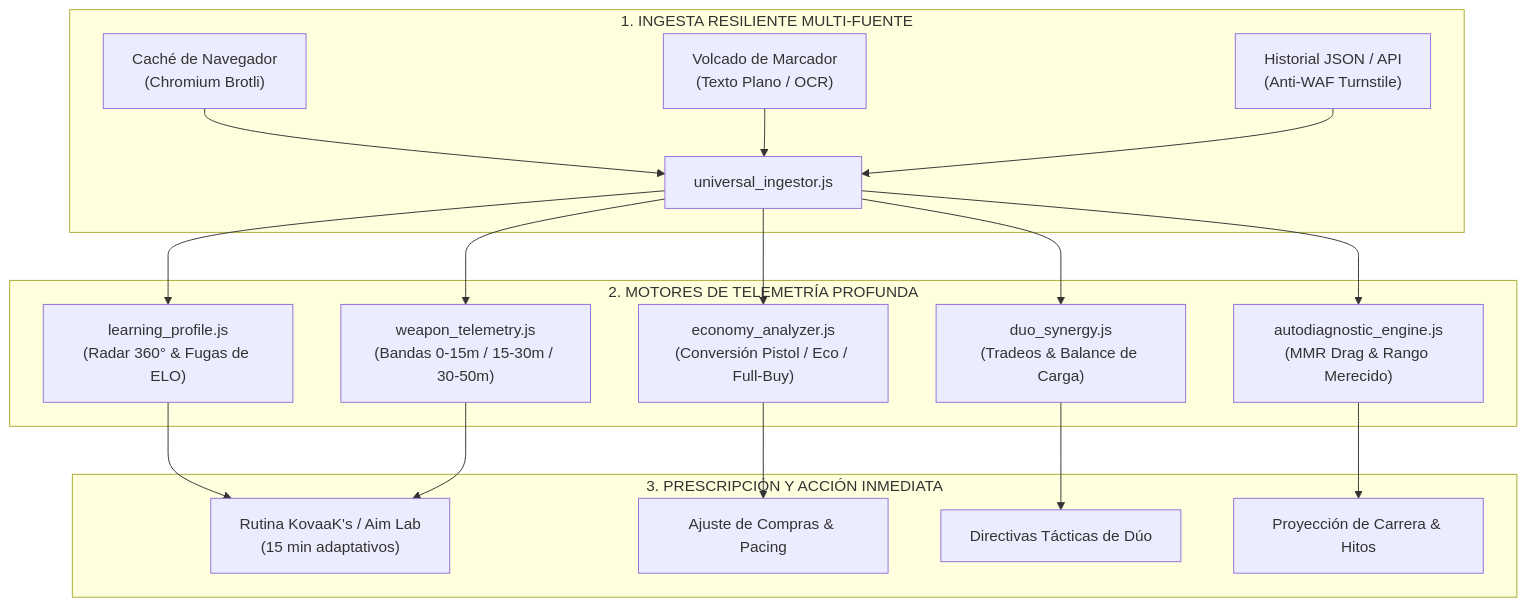
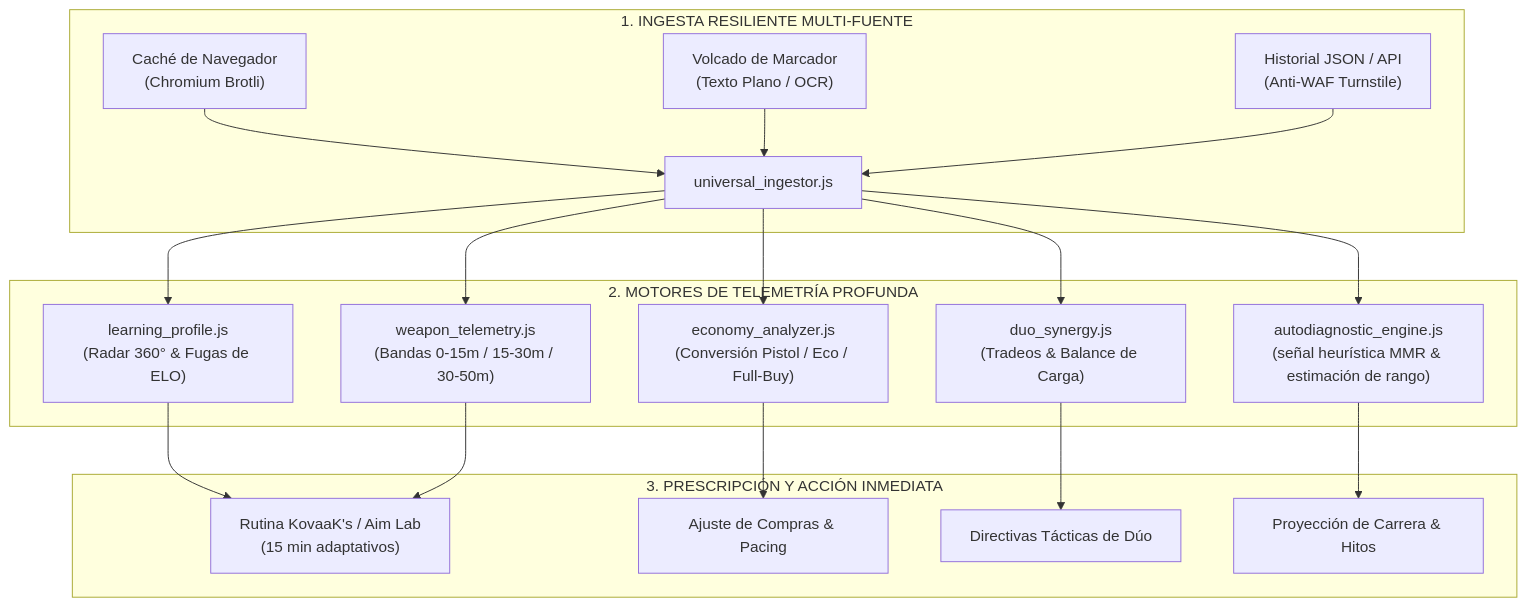
The diagram in README.es.md (Acourd/valorant-analytics), drawn with Mermaid before and after one commit. The commit also changed other lines of this file and 9 other files, not shown here.

Commit message:
review(#3): encuadre honesto de MMR/talento/rango como hipotesis no verificada; docs, CLI y standalone alineados; gates de honestidad

````diff
--- a/README.es.md
+++ b/README.es.md
@@ -44,33 +44,33 @@
 ```mermaid
 flowchart TD
     subgraph INGESTION["1. INGESTA RESILIENTE MULTI-FUENTE"]
         A1["Caché de Navegador
 (Chromium Brotli)"] --> B["universal_ingestor.js"]
         A2["Volcado de Marcador
 (Texto Plano / OCR)"] --> B
         A3["Historial JSON / API
 (Anti-WAF Turnstile)"] --> B
     end
 
     subgraph ENGINE["2. MOTORES DE TELEMETRÍA PROFUNDA"]
         B --> C1["learning_profile.js
 (Radar 360° & Fugas de ELO)"]
         B --> C2["weapon_telemetry.js
 (Bandas 0-15m / 15-30m / 30-50m)"]
         B --> C3["economy_analyzer.js
 (Conversión Pistol / Eco / Full-Buy)"]
         B --> C4["duo_synergy.js
 (Tradeos & Balance de Carga)"]
         B --> C5["autodiagnostic_engine.js
-(MMR Drag & Rango Merecido)"]
+(señal heurística MMR & estimación de rango)"]
     end
 
     subgraph OUTPUT["3. PRESCRIPCIÓN Y ACCIÓN INMEDIATA"]
         C1 --> D1["Rutina KovaaK's / Aim Lab
 (15 min adaptativos)"]
         C2 --> D1
         C3 --> D2["Ajuste de Compras & Pacing"]
         C4 --> D3["Directivas Tácticas de Dúo"]
         C5 --> D4["Proyección de Carrera & Hitos"]
     end
 ```
````
